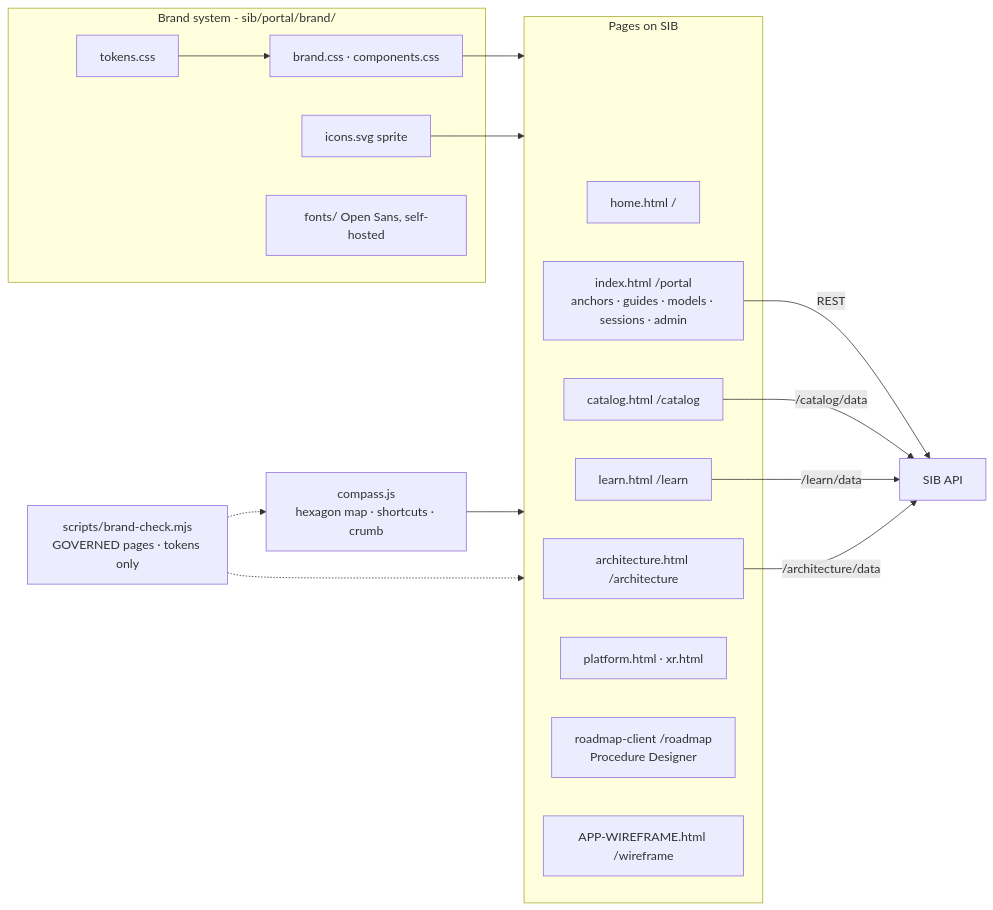
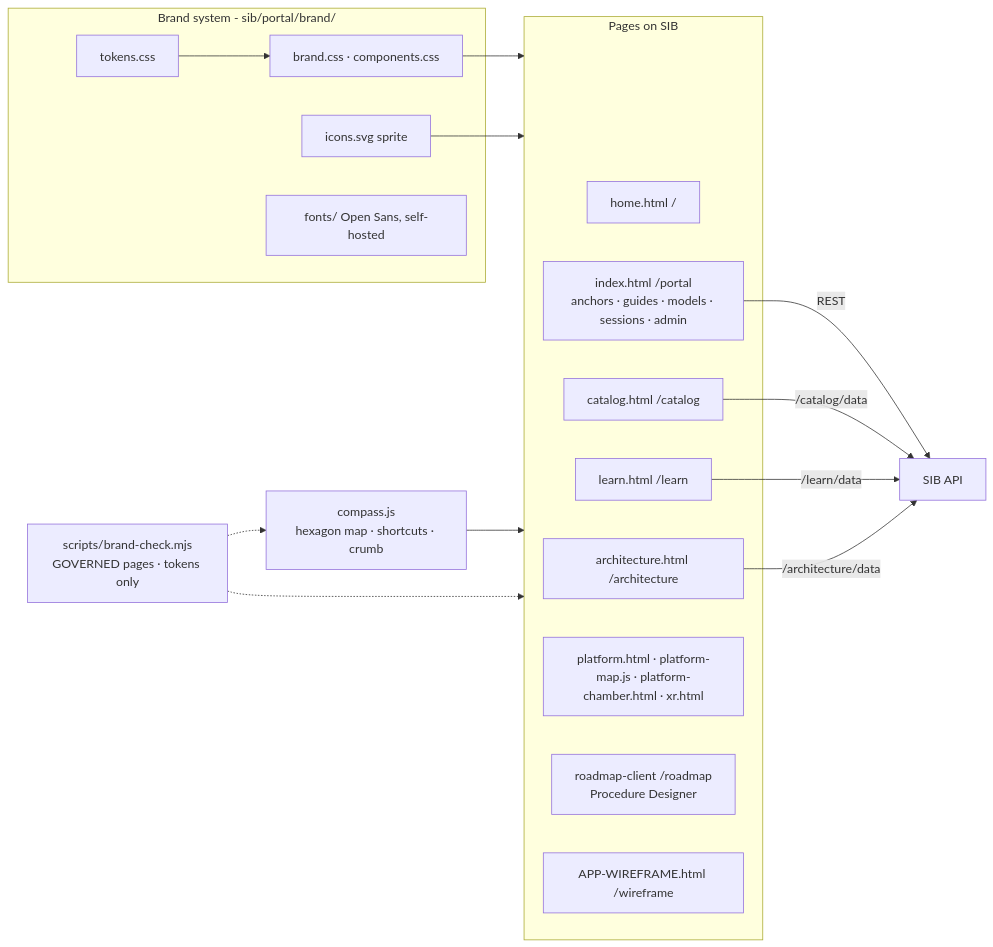
Before and after one commit to krocx/spatial-tapgging-app: the sixth of 6 diagrams in docs/ARCHITECTURE.md, drawn with Mermaid. The commit also changed 7 other files, not shown here.

First line of the commit message:
Platform map rebuilt as one static drawing; 3D chamber moves to /platform/chamber; compact map in the home hero

````diff
--- a/docs/ARCHITECTURE.md
+++ b/docs/ARCHITECTURE.md
@@ -265,29 +265,29 @@
 ```mermaid
 flowchart LR
   subgraph BRAND["Brand system - sib/portal/brand/"]
     TOK["tokens.css"] --> CSS["brand.css · components.css"]
     ICONS["icons.svg sprite"]
     FONTS["fonts/ Open Sans, self-hosted"]
   end
   subgraph PAGES["Pages on SIB"]
     HOME["home.html /"]
     PORTAL["index.html /portal<br/>anchors · guides · models · sessions · admin"]
     CAT["catalog.html /catalog"]
     LEARN["learn.html /learn"]
     ARCH["architecture.html /architecture"]
-    PLAT["platform.html · xr.html"]
+    PLAT["platform.html · platform-map.js · platform-chamber.html · xr.html"]
     ROAD["roadmap-client /roadmap<br/>Procedure Designer"]
     WIRE["APP-WIREFRAME.html /wireframe"]
   end
   COMPASS["compass.js<br/>hexagon map · shortcuts · crumb"]
   CHECK["scripts/brand-check.mjs<br/>GOVERNED pages · tokens only"]
   CSS --> PAGES
   ICONS --> PAGES
   COMPASS --> PAGES
   CHECK -.-> PAGES
   CHECK -.-> COMPASS
   PORTAL -->|"REST"| API["SIB API"]
   CAT -->|"/catalog/data"| API
   LEARN -->|"/learn/data"| API
   ARCH -->|"/architecture/data"| API
 ```
````
